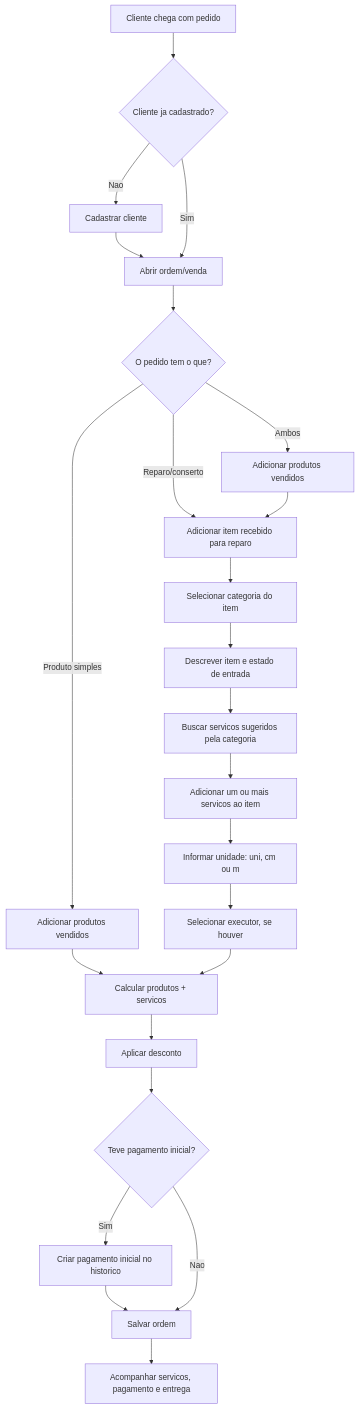
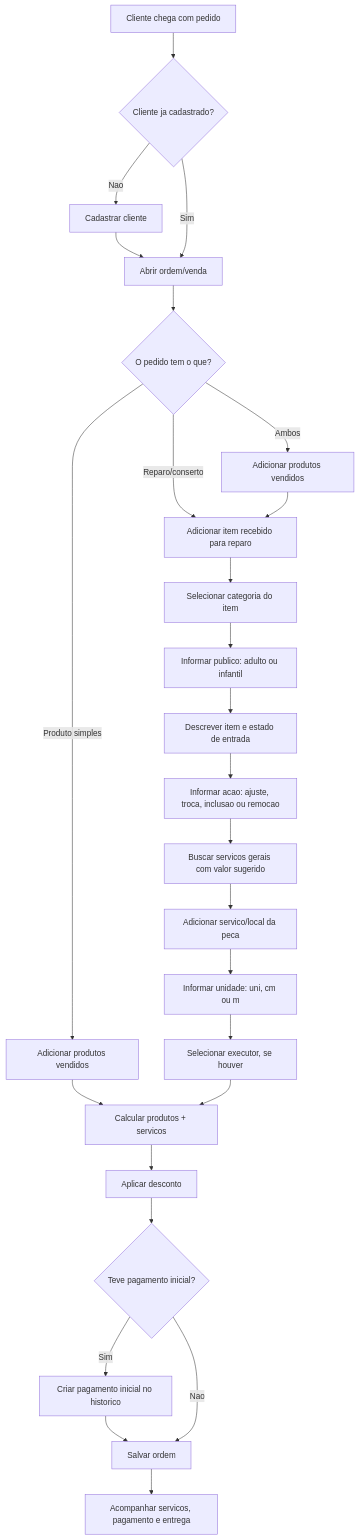
The second of 11 diagrams in docs/fluxo-app.md (caiqueapaza/AppSales), drawn with Mermaid before and after one commit. The commit also changed other lines of this file and 31 other files, not shown here.

````diff
--- a/docs/fluxo-app.md
+++ b/docs/fluxo-app.md
@@ -50,39 +50,41 @@
 ```mermaid
 flowchart TD
     Inicio["Cliente chega com pedido"]
     ClienteExiste{"Cliente ja cadastrado?"}
     CadastrarCliente["Cadastrar cliente"]
     AbrirOrdem["Abrir ordem/venda"]
     EscolherTipo{"O pedido tem o que?"}
 
     ProdutosVenda["Adicionar produtos vendidos"]
     EntradaReparo["Adicionar item recebido para reparo"]
     Categoria["Selecionar categoria do item"]
     DescricaoItem["Descrever item e estado de entrada"]
-    Sugestoes["Buscar servicos sugeridos pela categoria"]
-    ServicosItem["Adicionar um ou mais servicos ao item"]
+    Publico["Informar publico: adulto ou infantil"]
+    Acao["Informar acao: ajuste, troca, inclusao ou remocao"]
+    Sugestoes["Buscar servicos gerais com valor sugerido"]
+    ServicosItem["Adicionar servico/local da peca"]
     Medidas["Informar unidade: uni, cm ou m"]
     Executor["Selecionar executor, se houver"]
 
     Valores["Calcular produtos + servicos"]
     Desconto["Aplicar desconto"]
     PagamentoInicial{"Teve pagamento inicial?"}
     RegistrarInicial["Criar pagamento inicial no historico"]
     Salvar["Salvar ordem"]
     Acompanhar["Acompanhar servicos, pagamento e entrega"]
 
     Inicio --> ClienteExiste
     ClienteExiste -- "Nao" --> CadastrarCliente --> AbrirOrdem
     ClienteExiste -- "Sim" --> AbrirOrdem
 
     AbrirOrdem --> EscolherTipo
     EscolherTipo -- "Produto simples" --> ProdutosVenda --> Valores
     EscolherTipo -- "Reparo/conserto" --> EntradaReparo
     EscolherTipo -- "Ambos" --> ProdutosVendaAmbos["Adicionar produtos vendidos"] --> EntradaReparo
 
-    EntradaReparo --> Categoria --> DescricaoItem --> Sugestoes --> ServicosItem --> Medidas --> Executor --> Valores
+    EntradaReparo --> Categoria --> Publico --> DescricaoItem --> Acao --> Sugestoes --> ServicosItem --> Medidas --> Executor --> Valores
     Valores --> Desconto --> PagamentoInicial
     PagamentoInicial -- "Sim" --> RegistrarInicial --> Salvar
     PagamentoInicial -- "Nao" --> Salvar
     Salvar --> Acompanhar
 ```
````
